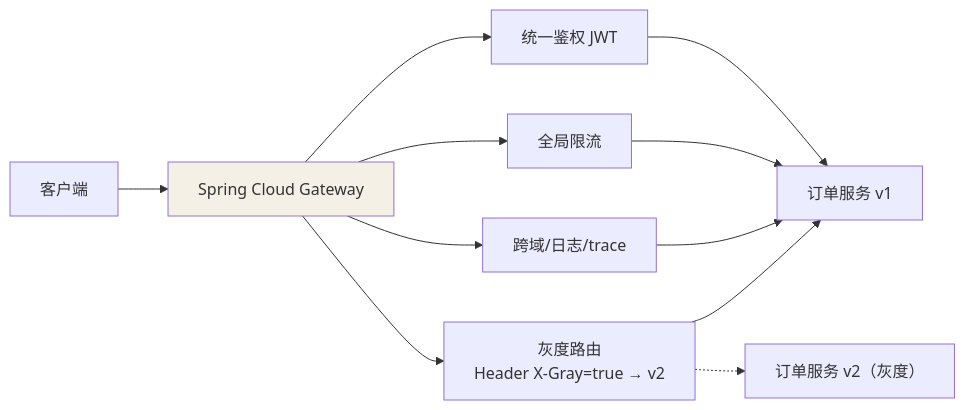
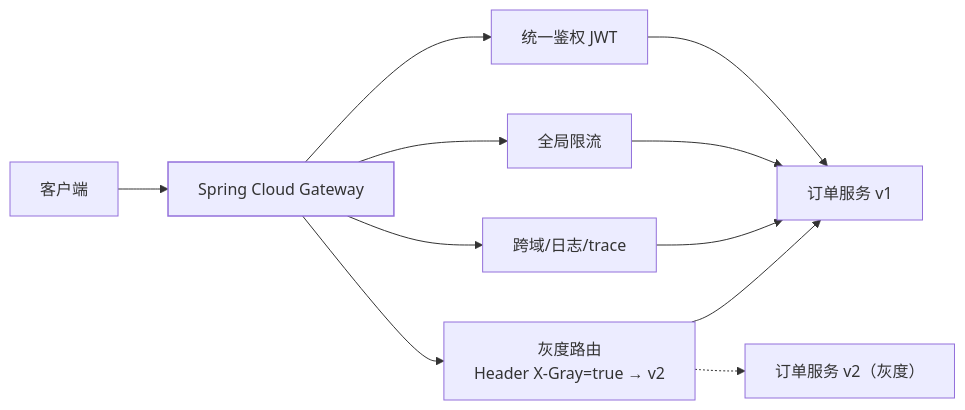
Before and after one commit to Loadhao/ascension: the first of 2 diagrams in src/content/docs/java/advanced/springcloud/03-gateway.md, drawn with Mermaid. The commit also changed 87 other files, not shown here.

First line of the commit message:
fix: 全站图表配色改由主题接管，修复暗色主题下浅底浅字看不清

````diff
--- a/src/content/docs/java/advanced/springcloud/03-gateway.md
+++ b/src/content/docs/java/advanced/springcloud/03-gateway.md
@@ -12,12 +12,13 @@
 ```mermaid
 flowchart LR
     U["客户端"] --> GW["Spring Cloud Gateway"]
     GW --> P["统一鉴权 JWT"]
     GW --> L["全局限流"]
     GW --> C["跨域/日志/trace"]
     GW --> G["灰度路由<br/>Header X-Gray=true → v2"]
     P & L & C & G --> S1["订单服务 v1"]
     G -.-> S2["订单服务 v2（灰度）"]
 
-    style GW fill:#f5f0e6
+    class GW hl
+    classDef hl stroke-width:1.5px
 ```
````
